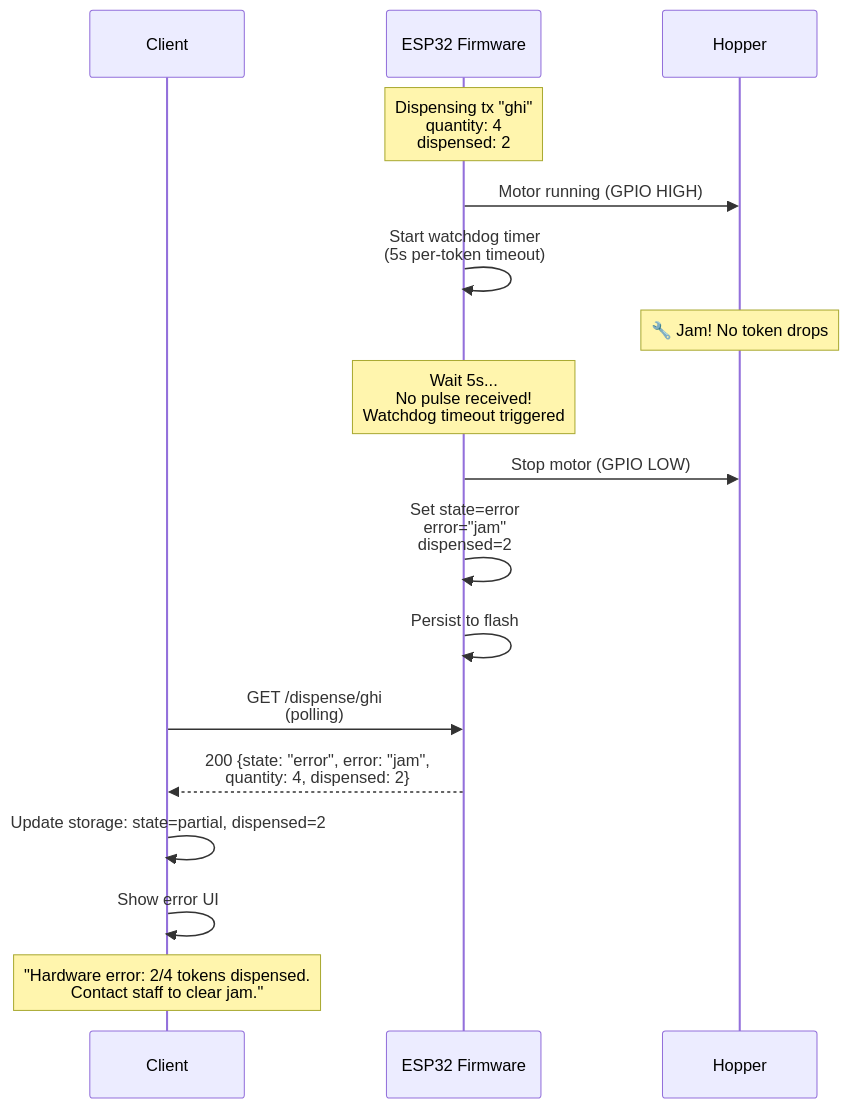
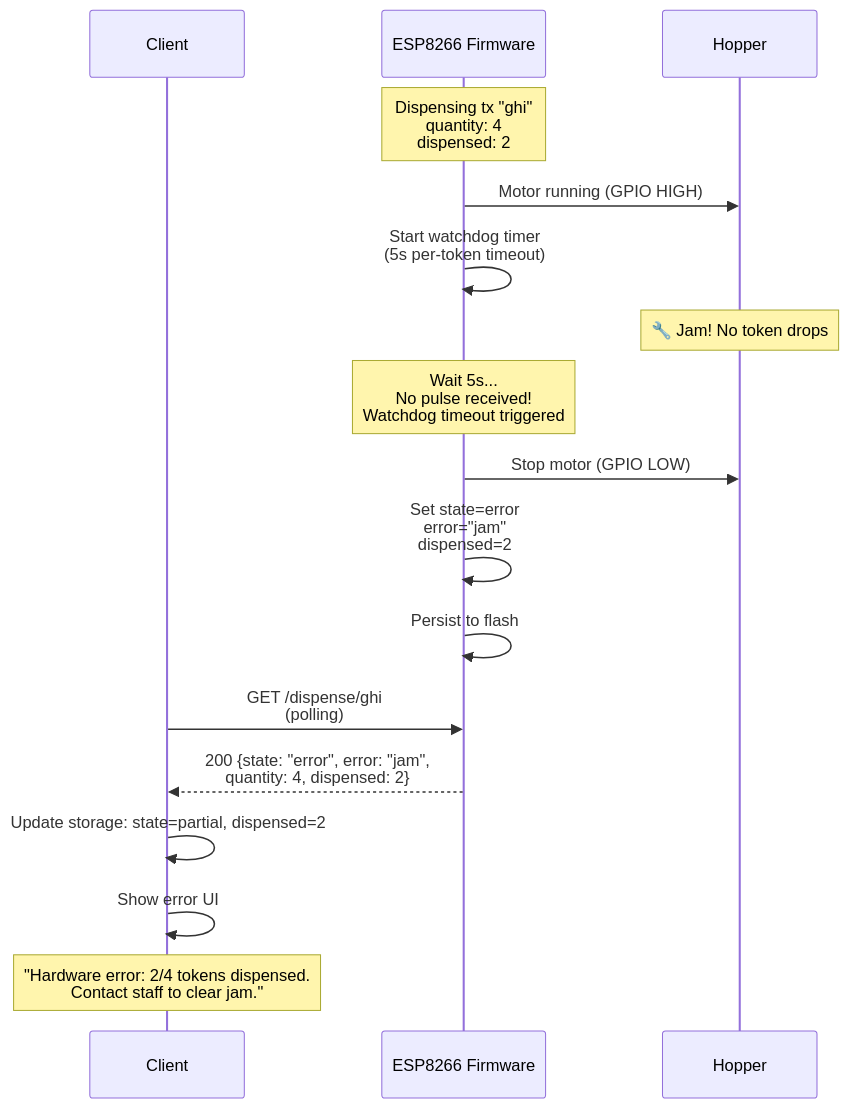
One commit to dgloeckner/remote-token-dispenser changed diagram 15 of 26 in ARCHITECTURE.md. Above: the diagram before and after it, drawn with Mermaid. The commit also changed other lines of this file and 21 other files, not shown here.

````diff
--- a/ARCHITECTURE.md
+++ b/ARCHITECTURE.md
@@ -741,28 +741,28 @@
 ```mermaid
 sequenceDiagram
     participant Client
-    participant ESP32 as ESP32 Firmware
+    participant ESP8266 as ESP8266 Firmware
     participant Hopper
 
-    Note over ESP32: Dispensing tx "ghi"<br/>quantity: 4<br/>dispensed: 2
+    Note over ESP8266: Dispensing tx "ghi"<br/>quantity: 4<br/>dispensed: 2
 
-    ESP32->>Hopper: Motor running (GPIO HIGH)
-    ESP32->>ESP32: Start watchdog timer<br/>(5s per-token timeout)
+    ESP8266->>Hopper: Motor running (GPIO HIGH)
+    ESP8266->>ESP8266: Start watchdog timer<br/>(5s per-token timeout)
 
     Note over Hopper: 🔧 Jam! No token drops
 
-    Note over ESP32: Wait 5s...<br/>No pulse received!<br/>Watchdog timeout triggered
+    Note over ESP8266: Wait 5s...<br/>No pulse received!<br/>Watchdog timeout triggered
 
-    ESP32->>Hopper: Stop motor (GPIO LOW)
-    ESP32->>ESP32: Set state=error<br/>error="jam"<br/>dispensed=2
-    ESP32->>ESP32: Persist to flash
+    ESP8266->>Hopper: Stop motor (GPIO LOW)
+    ESP8266->>ESP8266: Set state=error<br/>error="jam"<br/>dispensed=2
+    ESP8266->>ESP8266: Persist to flash
 
-    Client->>ESP32: GET /dispense/ghi<br/>(polling)
+    Client->>ESP8266: GET /dispense/ghi<br/>(polling)
 
-    ESP32-->>Client: 200 {state: "error", error: "jam",<br/>quantity: 4, dispensed: 2}
+    ESP8266-->>Client: 200 {state: "error", error: "jam",<br/>quantity: 4, dispensed: 2}
 
     Client->>Client: Update storage: state=partial, dispensed=2
     Client->>Client: Show error UI
 
     Note over Client: "Hardware error: 2/4 tokens dispensed.<br/>Contact staff to clear jam."
 ```
````
